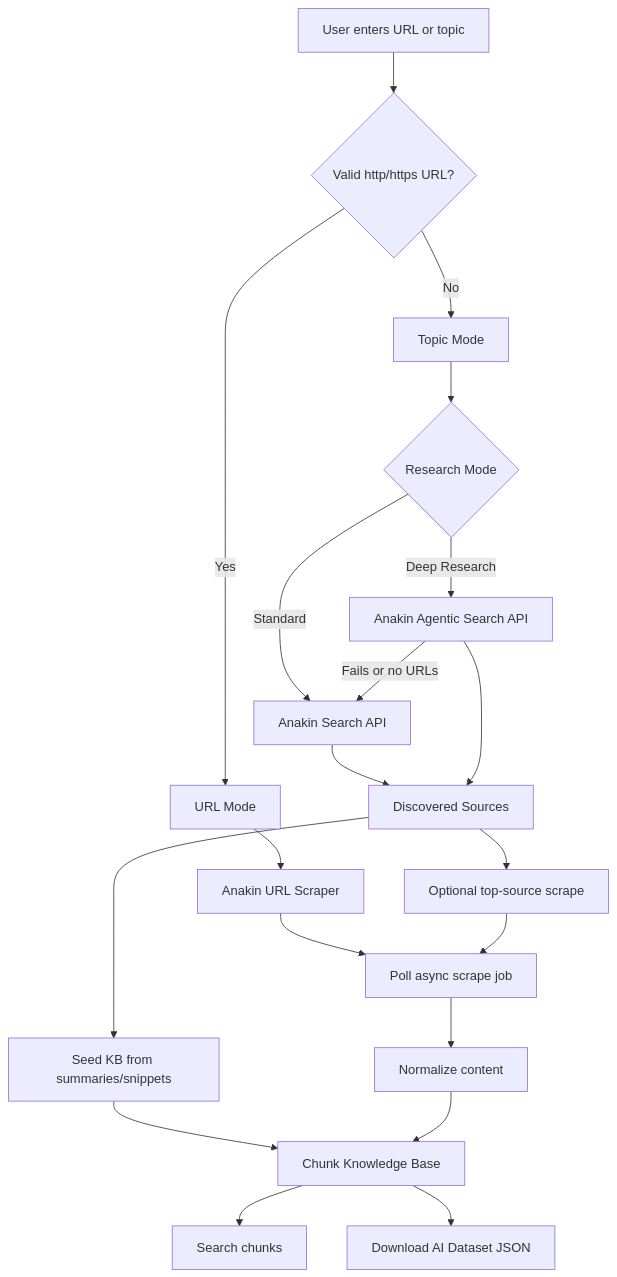
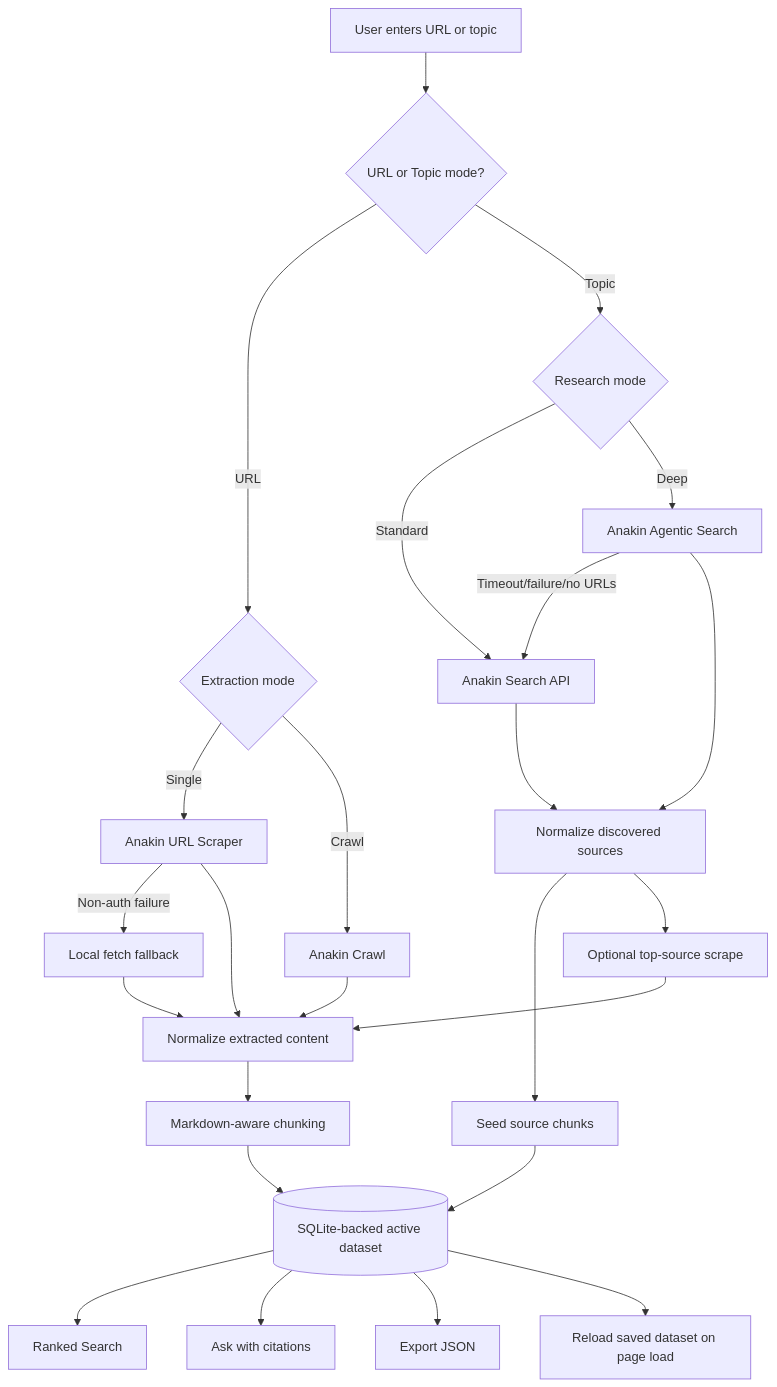
Before and after one commit to gaganakumarm/Web2Knowledge: the diagram in README.md, drawn with Mermaid. The commit also changed other lines of this file and 10 other files, not shown here.

````diff
--- a/README.md
+++ b/README.md
@@ -46,22 +35,27 @@
 ```mermaid
 flowchart TD
-  A[User enters URL or topic] --> B{Valid http/https URL?}
-  B -->|Yes| C[URL Mode]
-  B -->|No| D[Topic Mode]
-  D --> E{Research Mode}
-  E -->|Standard| F[Anakin Search API]
-  E -->|Deep Research| G[Anakin Agentic Search API]
-  G -->|Fails or no URLs| F
-  C --> H[Anakin URL Scraper]
-  F --> I[Discovered Sources]
-  G --> I
-  I --> J[Seed KB from summaries/snippets]
-  I --> K[Optional top-source scrape]
-  H --> L[Poll async scrape job]
-  K --> L
-  L --> M[Normalize content]
-  J --> N[Chunk Knowledge Base]
-  M --> N
-  N --> O[Search chunks]
-  N --> P[Download AI Dataset JSON]
+  A[User enters URL or topic] --> B{URL or Topic mode?}
+  B -->|URL| C{Extraction mode}
+  C -->|Single| D[Anakin URL Scraper]
+  C -->|Crawl| E[Anakin Crawl]
+  D -->|Non-auth failure| F[Local fetch fallback]
+  B -->|Topic| G{Research mode}
+  G -->|Standard| H[Anakin Search API]
+  G -->|Deep| I[Anakin Agentic Search]
+  I -->|Timeout/failure/no URLs| H
+  H --> J[Normalize discovered sources]
+  I --> J
+  J --> K[Seed source chunks]
+  J --> L[Optional top-source scrape]
+  D --> M[Normalize extracted content]
+  E --> M
+  F --> M
+  L --> M
+  M --> N[Markdown-aware chunking]
+  K --> O[(SQLite-backed active dataset)]
+  N --> O
+  O --> P[Ranked Search]
+  O --> Q[Ask with citations]
+  O --> R[Export JSON]
+  O --> S[Reload saved dataset on page load]
 ```
````
